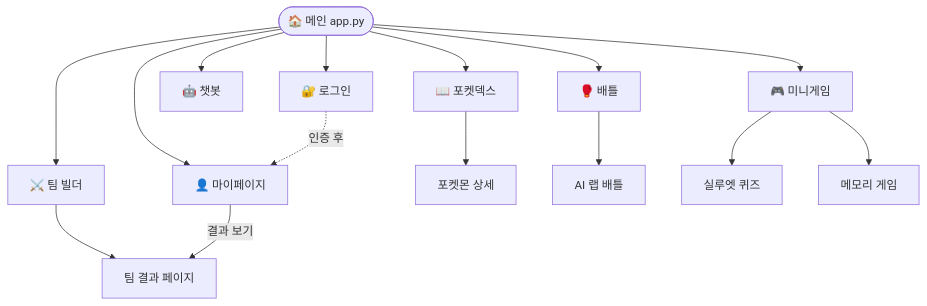
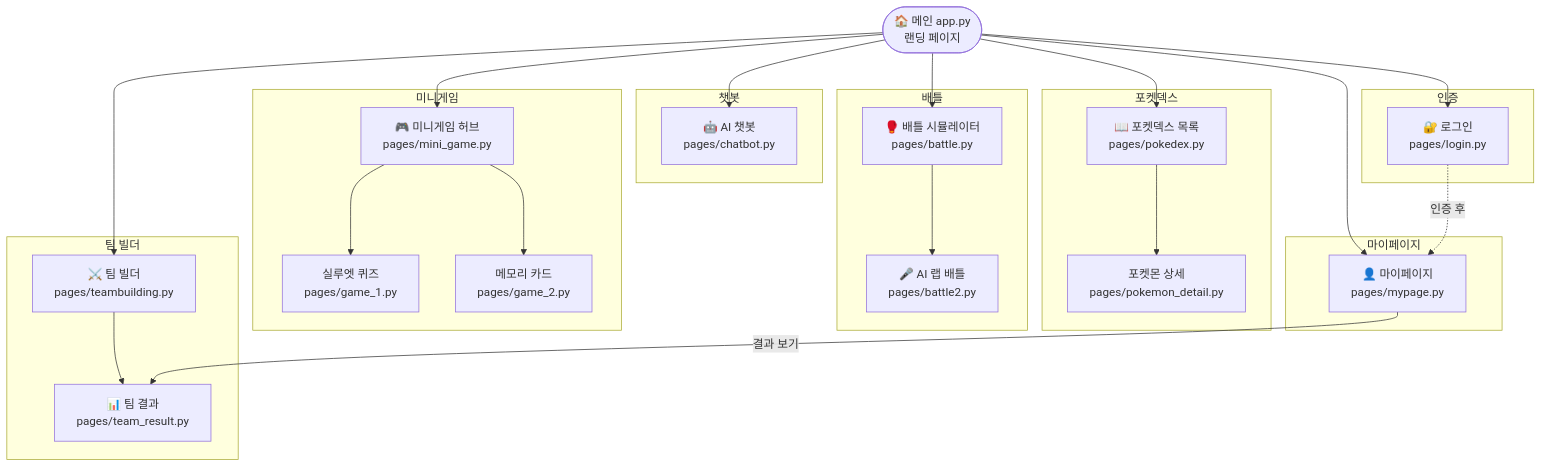
The diagram in wiki/Features.md (SKNETWORKS-FAMILY-AICAMP/SKN27-3rd-3TEAM), drawn with Mermaid before and after one commit. The commit also changed other lines of this file and 13 other files, not shown here.

````diff
--- a/wiki/Features.md
+++ b/wiki/Features.md
@@ -103,18 +343,53 @@
 ```mermaid
 flowchart TD
-    Home([🏠 메인 app.py]) --> Login[🔐 로그인]
-    Home --> Dex[📖 포켓덱스]
-    Home --> Chat[🤖 챗봇]
-    Home --> TB[⚔️ 팀 빌더]
-    Home --> Battle[🥊 배틀]
-    Home --> MG[🎮 미니게임]
-    Home --> MP[👤 마이페이지]
+    Home(["🏠 메인 app.py\n랜딩 페이지"])
 
-    Dex --> Detail[포켓몬 상세]
-    TB --> Result[팀 결과 페이지]
-    MP -->|결과 보기| Result
-    Battle --> Battle2[AI 랩 배틀]
-    MG --> G1[실루엣 퀴즈]
-    MG --> G2[메모리 게임]
+    subgraph Auth["인증"]
+        Login["🔐 로그인\npages/login.py"]
+    end
+
+    subgraph Dex["포켓덱스"]
+        Pokedex["📖 포켓덱스 목록\npages/pokedex.py"]
+        Detail["포켓몬 상세\npages/pokemon_detail.py"]
+    end
+
+    subgraph Chat["챗봇"]
+        Chatbot["🤖 AI 챗봇\npages/chatbot.py"]
+    end
+
+    subgraph Team["팀 빌더"]
+        TB["⚔️ 팀 빌더\npages/teambuilding.py"]
+        TR["📊 팀 결과\npages/team_result.py"]
+    end
+
+    subgraph Battle["배틀"]
+        B1["🥊 배틀 시뮬레이터\npages/battle.py"]
+        B2["🎤 AI 랩 배틀\npages/battle2.py"]
+    end
+
+    subgraph Games["미니게임"]
+        MG["🎮 미니게임 허브\npages/mini_game.py"]
+        G1["실루엣 퀴즈\npages/game_1.py"]
+        G2["메모리 카드\npages/game_2.py"]
+    end
+
+    subgraph My["마이페이지"]
+        MP["👤 마이페이지\npages/mypage.py"]
+    end
+
+    Home --> Login
+    Home --> Pokedex
+    Home --> Chatbot
+    Home --> TB
+    Home --> B1
+    Home --> MG
+    Home --> MP
+
+    Pokedex --> Detail
+    TB --> TR
+    MP -->|결과 보기| TR
+    B1 --> B2
+    MG --> G1
+    MG --> G2
     Login -.->|인증 후| MP
 ```
````
